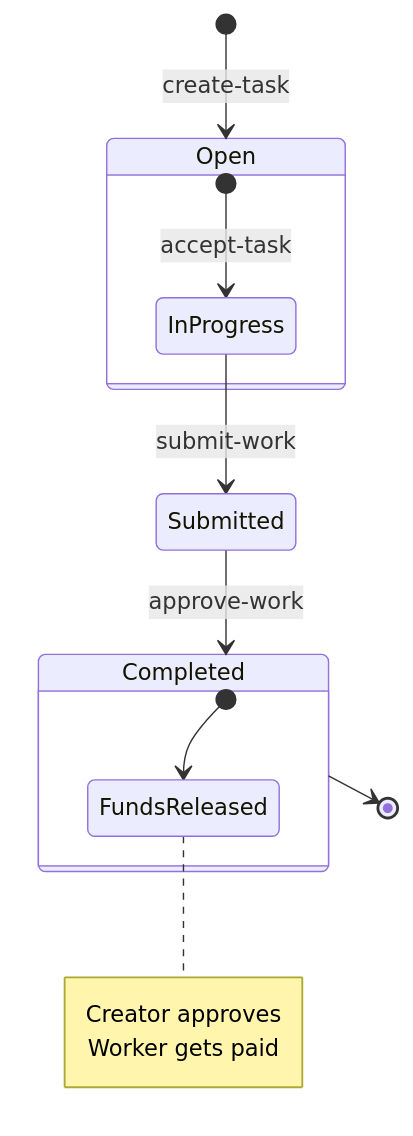
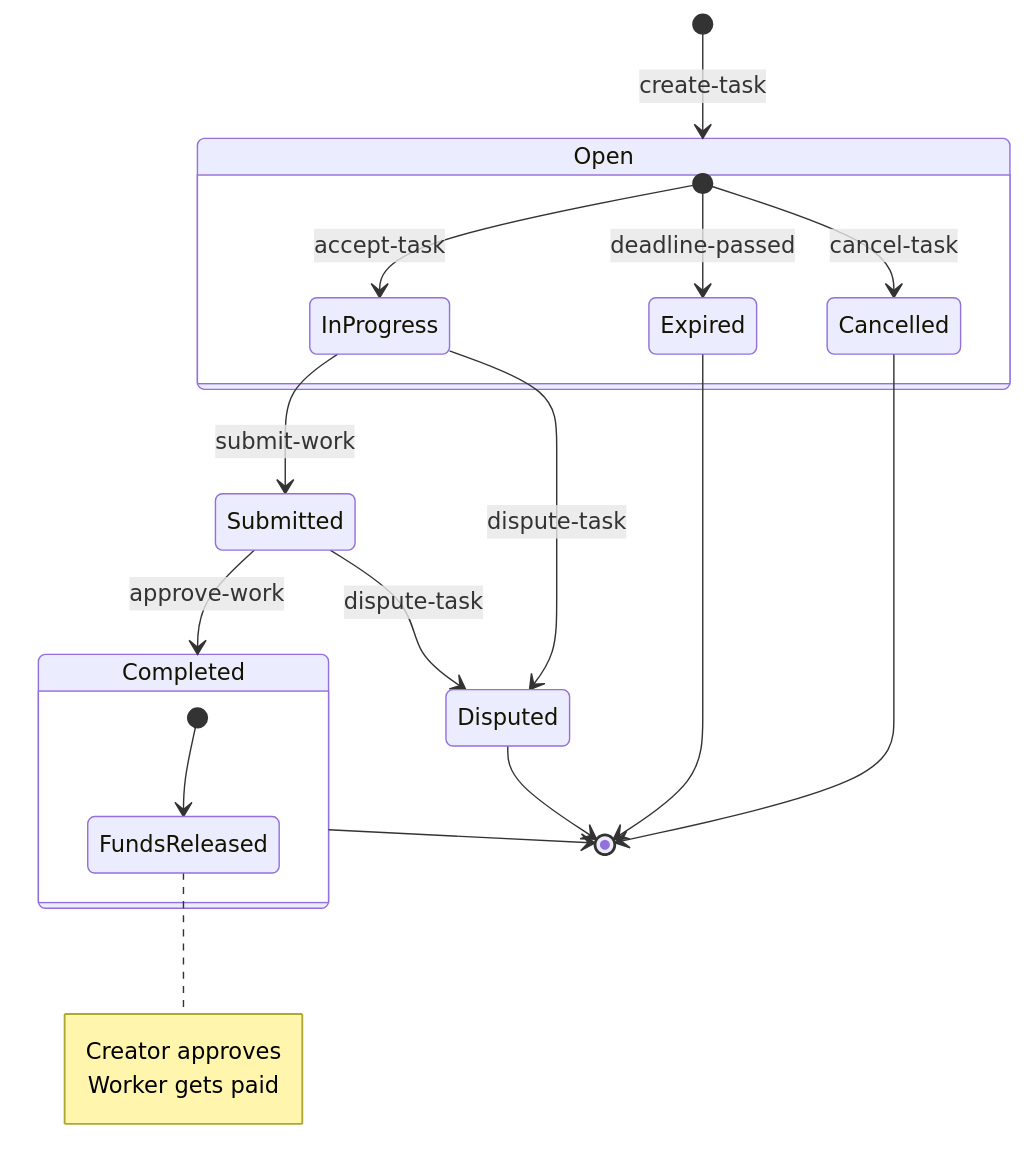
Before and after one commit to syed-ghufran-hassan/bitstack: the second of 2 diagrams in README.md, drawn with Mermaid. The commit also changed other lines of this file, not shown here.

````diff
--- a/README.md
+++ b/README.md
@@ -39,21 +53,28 @@
 ```mermaid
 stateDiagram-v2
     [*] --> Open: create-task
     
     state Open {
         [*] --> InProgress: accept-task
+        [*] --> Cancelled: cancel-task
+        [*] --> Expired: deadline-passed
     }
     
     InProgress --> Submitted: submit-work
+    InProgress --> Disputed: dispute-task
     Submitted --> Completed: approve-work
+    Submitted --> Disputed: dispute-task
     
     state Completed {
         [*] --> FundsReleased
         note right of FundsReleased
           Creator approves
           Worker gets paid
         end note
     }
     
     Completed --> [*]
+    Cancelled --> [*]
+    Expired --> [*]
+    Disputed --> [*]
 ```
````
